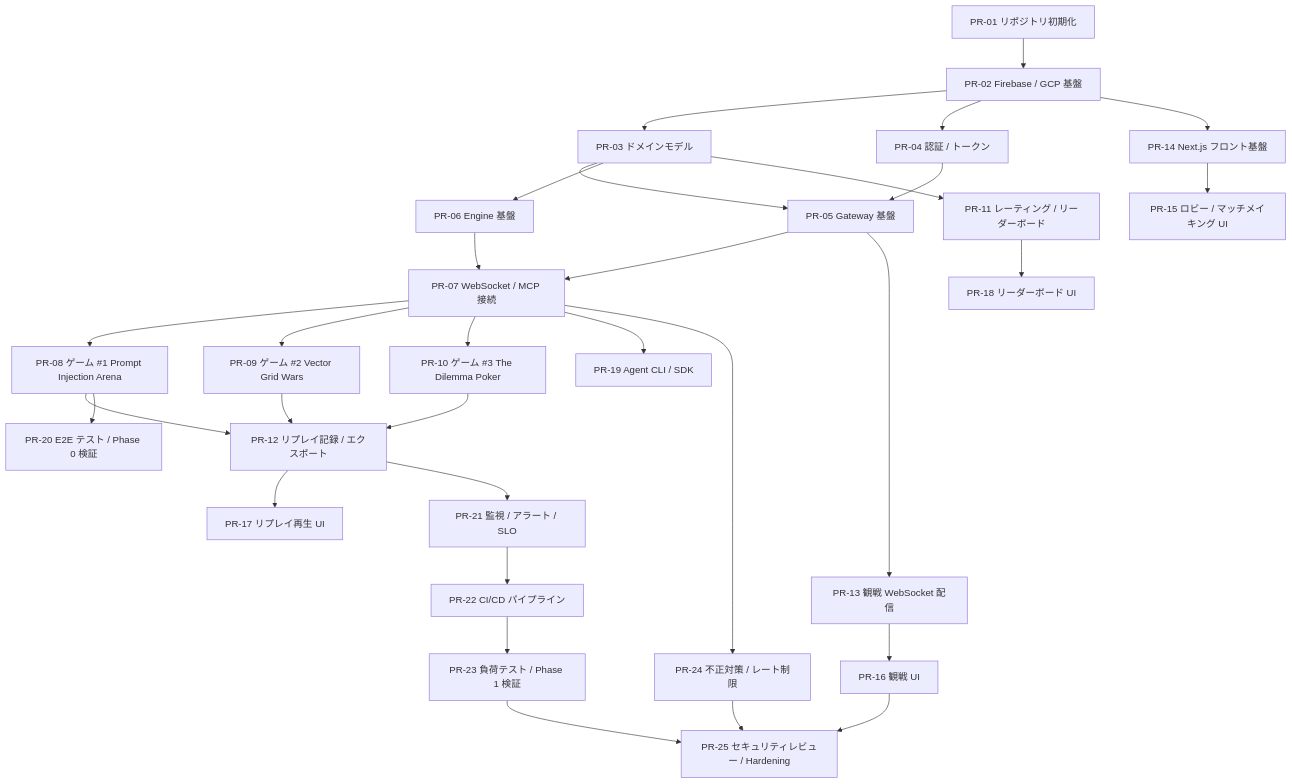
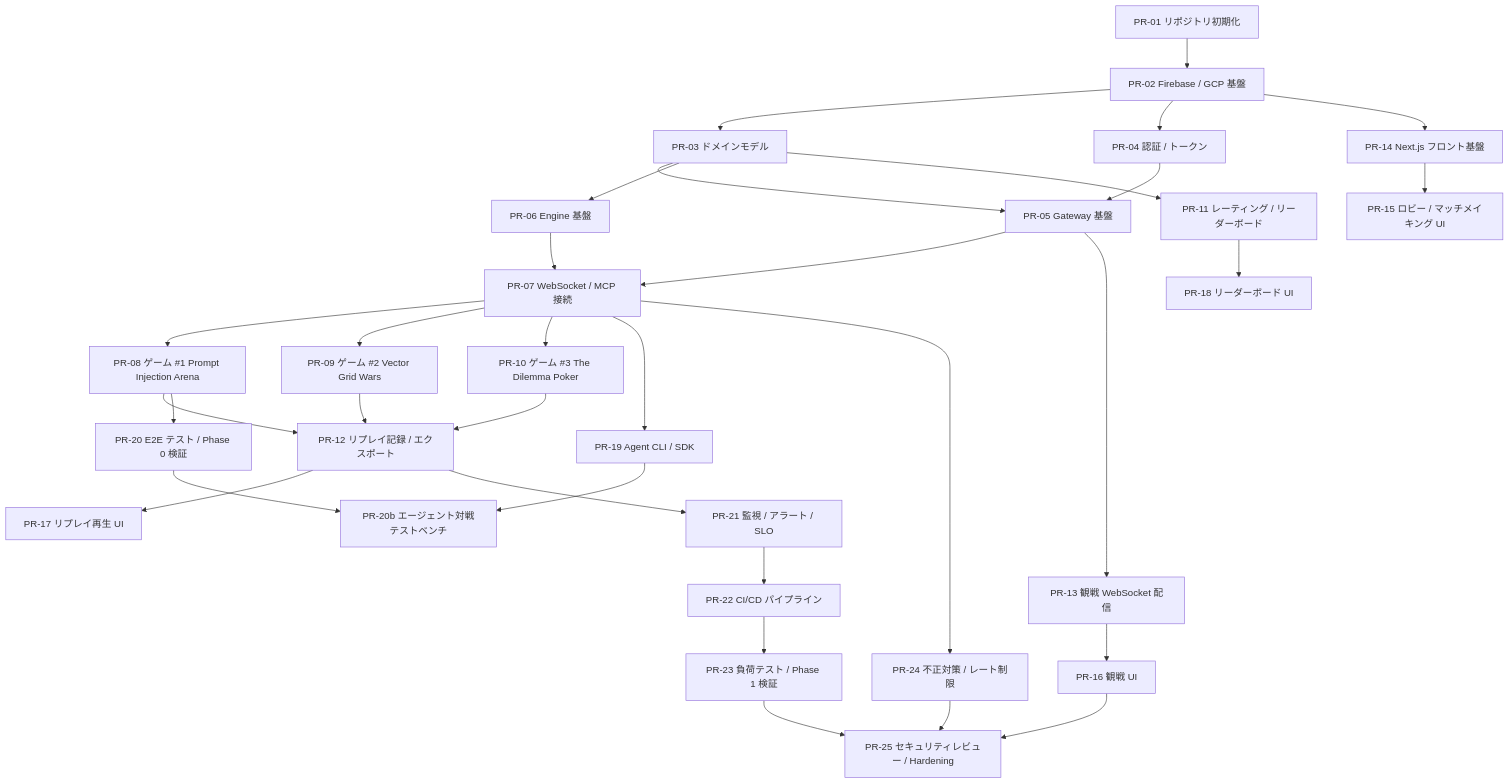
The diagram in docs/PLAN.md (takurot/moltgames), drawn with Mermaid before and after one commit. The commit also changed other lines of this file and 5 other files, not shown here.

````diff
--- a/docs/PLAN.md
+++ b/docs/PLAN.md
@@ -17,33 +17,35 @@
 ```mermaid
 graph TD
     PR01[PR-01 リポジトリ初期化] --> PR02[PR-02 Firebase / GCP 基盤]
     PR02 --> PR03[PR-03 ドメインモデル]
     PR02 --> PR04[PR-04 認証 / トークン]
     PR03 --> PR05[PR-05 Gateway 基盤]
     PR04 --> PR05
     PR03 --> PR06[PR-06 Engine 基盤]
     PR05 --> PR07[PR-07 WebSocket / MCP 接続]
     PR06 --> PR07
     PR07 --> PR08[PR-08 ゲーム #1 Prompt Injection Arena]
     PR07 --> PR09[PR-09 ゲーム #2 Vector Grid Wars]
     PR07 --> PR10[PR-10 ゲーム #3 The Dilemma Poker]
     PR03 --> PR11[PR-11 レーティング / リーダーボード]
     PR08 --> PR12[PR-12 リプレイ記録 / エクスポート]
     PR09 --> PR12
     PR10 --> PR12
     PR05 --> PR13[PR-13 観戦 WebSocket 配信]
     PR02 --> PR14[PR-14 Next.js フロント基盤]
     PR14 --> PR15[PR-15 ロビー / マッチメイキング UI]
     PR13 --> PR16[PR-16 観戦 UI]
     PR12 --> PR17[PR-17 リプレイ再生 UI]
     PR11 --> PR18[PR-18 リーダーボード UI]
     PR07 --> PR19[PR-19 Agent CLI / SDK]
     PR08 --> PR20[PR-20 E2E テスト / Phase 0 検証]
+    PR19 --> PR20B[PR-20b エージェント対戦テストベンチ]
+    PR20 --> PR20B
     PR12 --> PR21[PR-21 監視 / アラート / SLO]
     PR21 --> PR22[PR-22 CI/CD パイプライン]
     PR22 --> PR23[PR-23 負荷テスト / Phase 1 検証]
     PR07 --> PR24[PR-24 不正対策 / レート制限]
     PR16 --> PR25[PR-25 セキュリティレビュー / Hardening]
     PR23 --> PR25
     PR24 --> PR25
 ```
````
